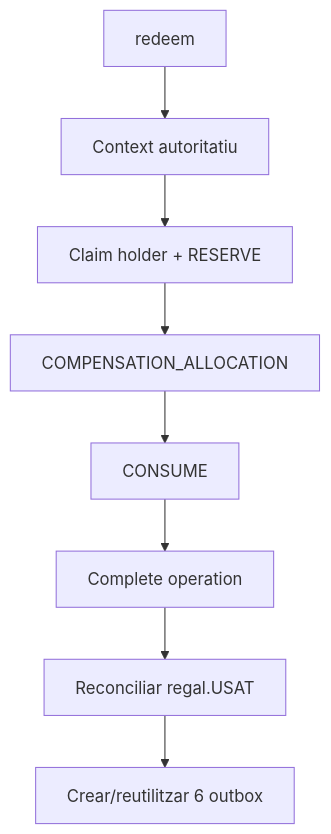
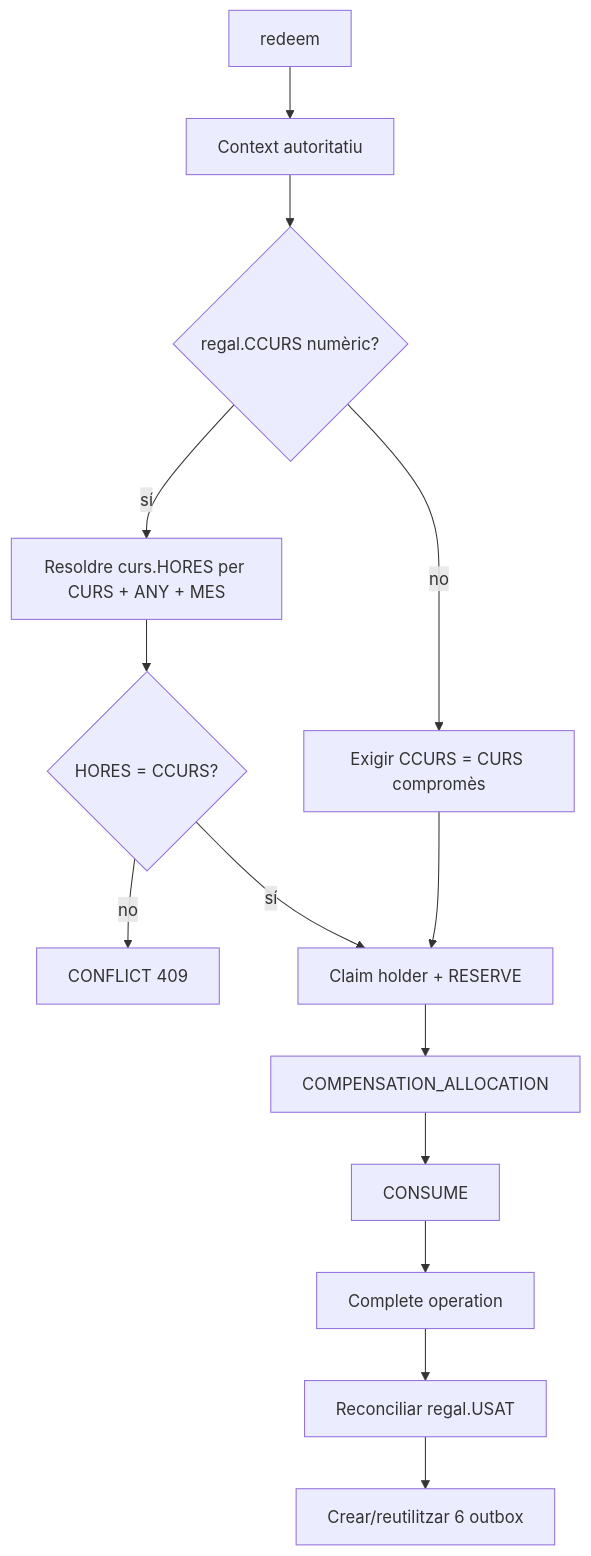
Before and after one commit to orgmeriemprismacat-del/verifactu: the fifth of 8 diagrams in documentacio/07-uml-integrat/uc-018-activitats-pagines-bescanvi-regal-actual-final.md, drawn with Mermaid. The commit also changed other lines of this file, not shown here.

Commit message:
docs(UC-018): completar activitats per PII i CCURS genèric

````diff
--- a/documentacio/07-uml-integrat/uc-018-activitats-pagines-bescanvi-regal-actual-final.md
+++ b/documentacio/07-uml-integrat/uc-018-activitats-pagines-bescanvi-regal-actual-final.md
@@ -79,10 +88,16 @@
 ```mermaid
 flowchart TD
 A[redeem] --> B[Context autoritatiu]
-B --> C[Claim holder + RESERVE]
+B --> X{regal.CCURS numèric?}
+X -- no --> Y[Exigir CCURS = CURS compromès]
+X -- sí --> Z[Resoldre curs.HORES per CURS + ANY + MES]
+Z --> Q{HORES = CCURS?}
+Q -- no --> R[CONFLICT 409]
+Q -- sí --> C[Claim holder + RESERVE]
+Y --> C
 C --> D[COMPENSATION_ALLOCATION]
 D --> E[CONSUME]
 E --> F[Complete operation]
 F --> G[Reconciliar regal.USAT]
 G --> H[Crear/reutilitzar 6 outbox]
 ```
````
